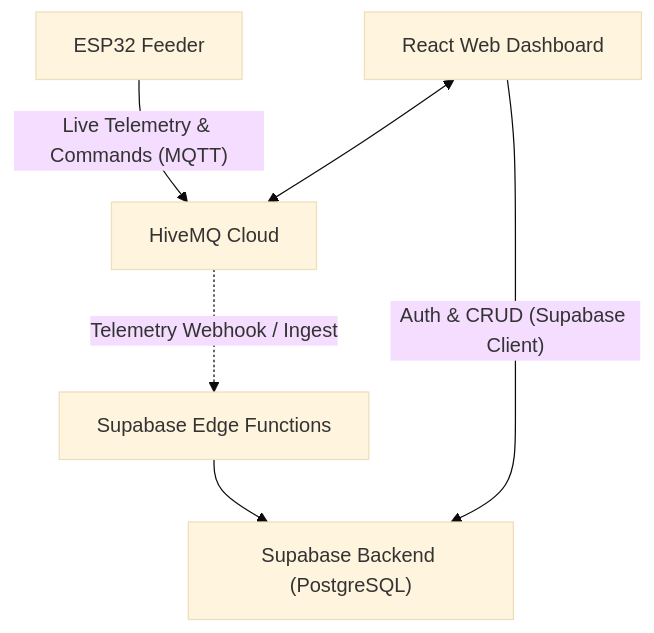
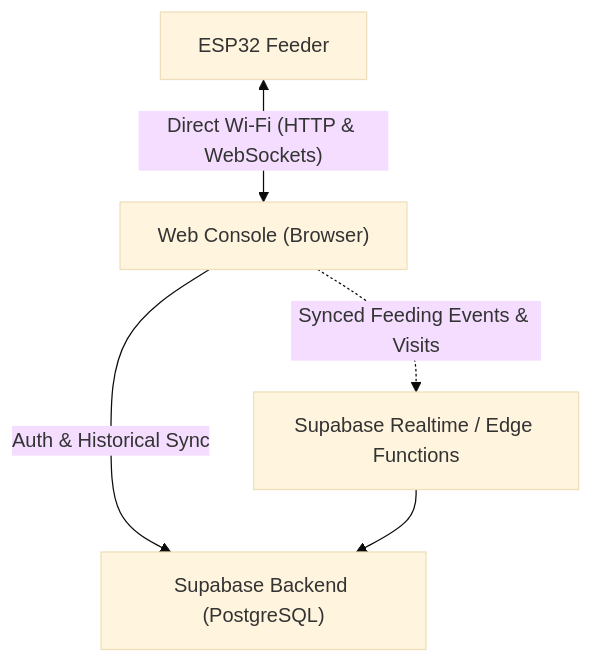
One commit to JerichoDelosReyes/PawStation changed the diagram in Docs/Supabase and Backend Architecture.md. Above: the diagram before and after it, drawn with Mermaid (base theme). The commit also changed other lines of this file and 22 other files, not shown here.

Commit message:
refactor: remove HiveMQ and MQTT, migrate to direct ESP32 Wi-Fi architecture

````diff
--- a/Docs/Supabase and Backend Architecture.md
+++ b/Docs/Supabase and Backend Architecture.md
@@ -31,8 +33,7 @@
 ```mermaid
 flowchart TD
-    ESP["ESP32 Feeder"] -- "Live Telemetry & Commands (MQTT)" --> Broker["HiveMQ Cloud"]
-    Web["React Web Dashboard"] <--> Broker
-    Web -- "Auth & CRUD (Supabase Client)" --> Supabase["Supabase Backend (PostgreSQL)"]
-    Broker -. "Telemetry Webhook / Ingest" .-> Edge["Supabase Edge Functions"]
+    ESP["ESP32 Feeder"] <-- "Direct Wi-Fi (HTTP & WebSockets)" --> Web["Web Console (Browser)"]
+    Web -- "Auth & Historical Sync" --> Supabase["Supabase Backend (PostgreSQL)"]
+    Web -. "Synced Feeding Events & Visits" .-> Edge["Supabase Realtime / Edge Functions"]
     Edge --> Supabase
 ```
````
